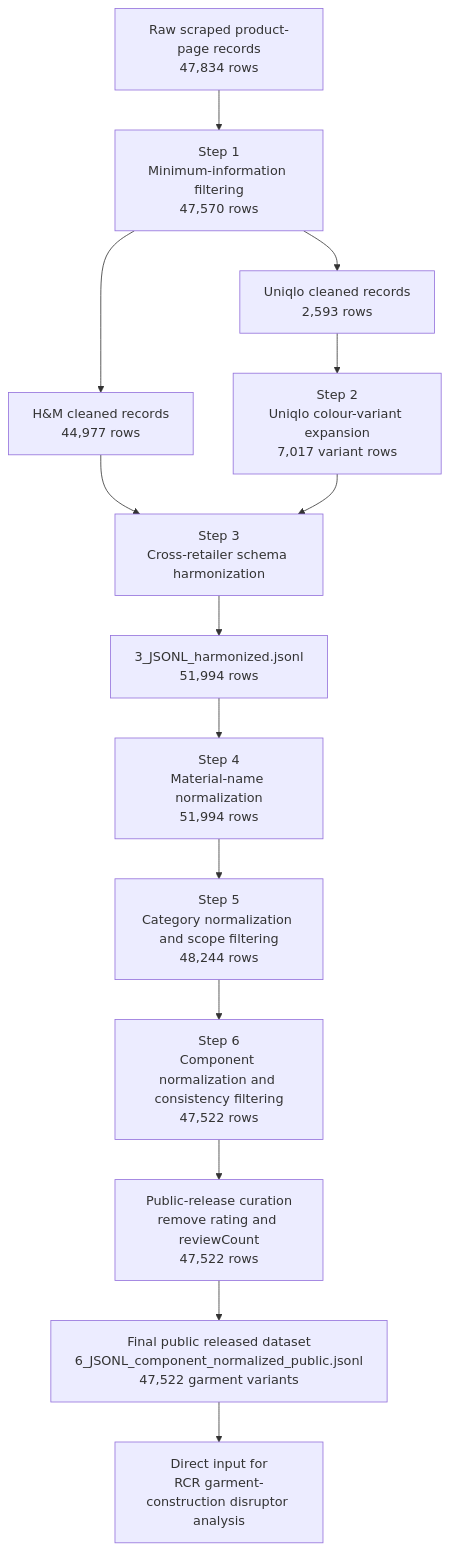
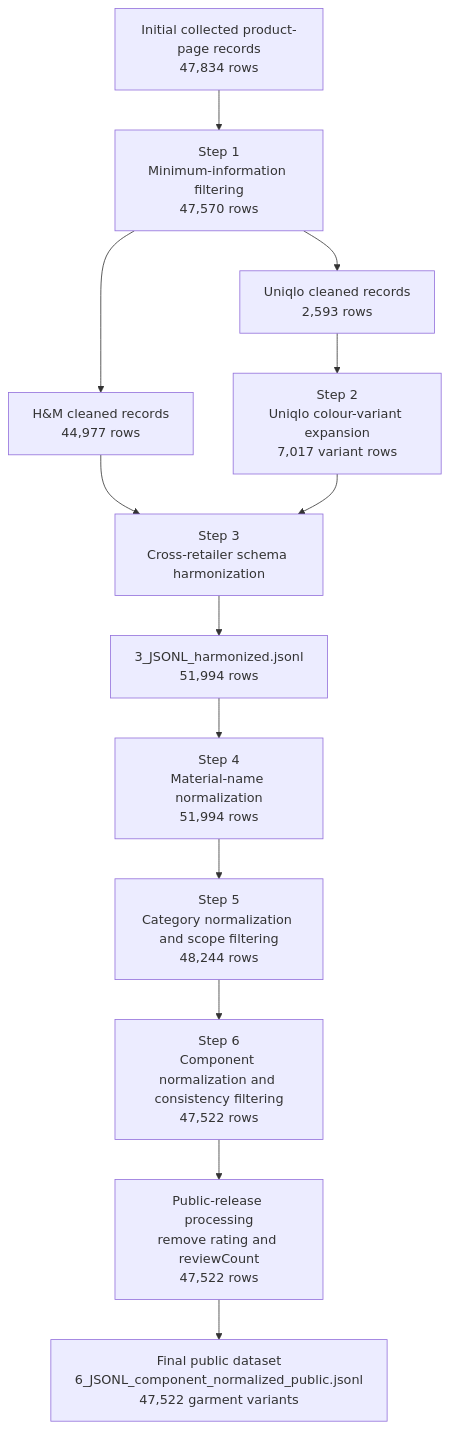
One commit to kai-li-1994/garment-variant-dataset changed the diagram in README.md. Above: the diagram before and after it, drawn with Mermaid. The commit also changed other lines of this file, not shown here.

````diff
--- a/README.md
+++ b/README.md
@@ -93,26 +210,24 @@
 ```mermaid
 flowchart TD
-    A["Raw scraped product-page records<br/>47,834 rows"] --> B["Step 1<br/>Minimum-information filtering<br/>47,570 rows"]
+    A["Initial collected product-page records<br/>47,834 rows"] --> B["Step 1<br/>Minimum-information filtering<br/>47,570 rows"]
 
     B --> C1["H&M cleaned records<br/>44,977 rows"]
     B --> C2["Uniqlo cleaned records<br/>2,593 rows"]
 
     C2 --> D["Step 2<br/>Uniqlo colour-variant expansion<br/>7,017 variant rows"]
 
     C1 --> E["Step 3<br/>Cross-retailer schema harmonization"]
     D --> E
 
     E --> F["3_JSONL_harmonized.jsonl<br/>51,994 rows"]
 
     F --> G["Step 4<br/>Material-name normalization<br/>51,994 rows"]
 
     G --> H["Step 5<br/>Category normalization and scope filtering<br/>48,244 rows"]
 
     H --> I["Step 6<br/>Component normalization and consistency filtering<br/>47,522 rows"]
 
-    I --> J["Public-release curation<br/>remove rating and reviewCount<br/>47,522 rows"]
+    I --> J["Public-release processing<br/>remove rating and reviewCount<br/>47,522 rows"]
 
-    J --> K["Final public released dataset<br/>6_JSONL_component_normalized_public.jsonl<br/>47,522 garment variants"]
-
-    K --> L["Direct input for<br/>RCR garment-construction disruptor analysis"]
+    J --> K["Final public dataset<br/>6_JSONL_component_normalized_public.jsonl<br/>47,522 garment variants"]
 ```
````
